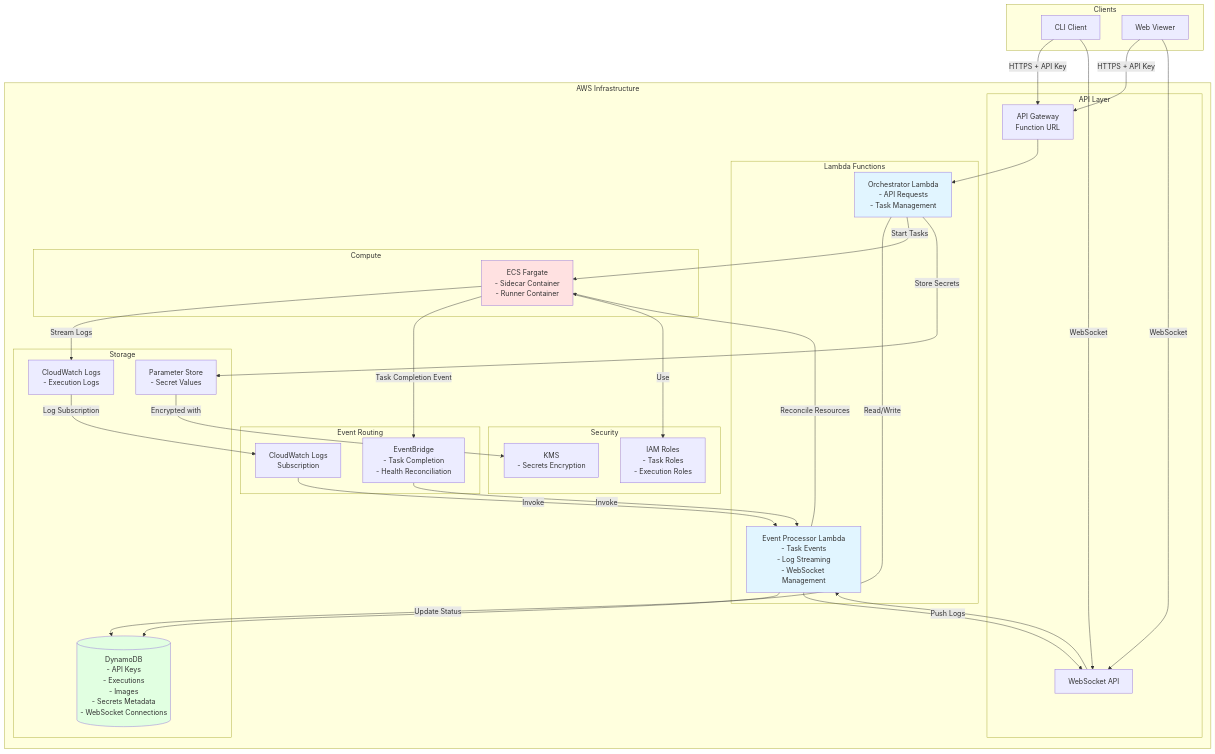
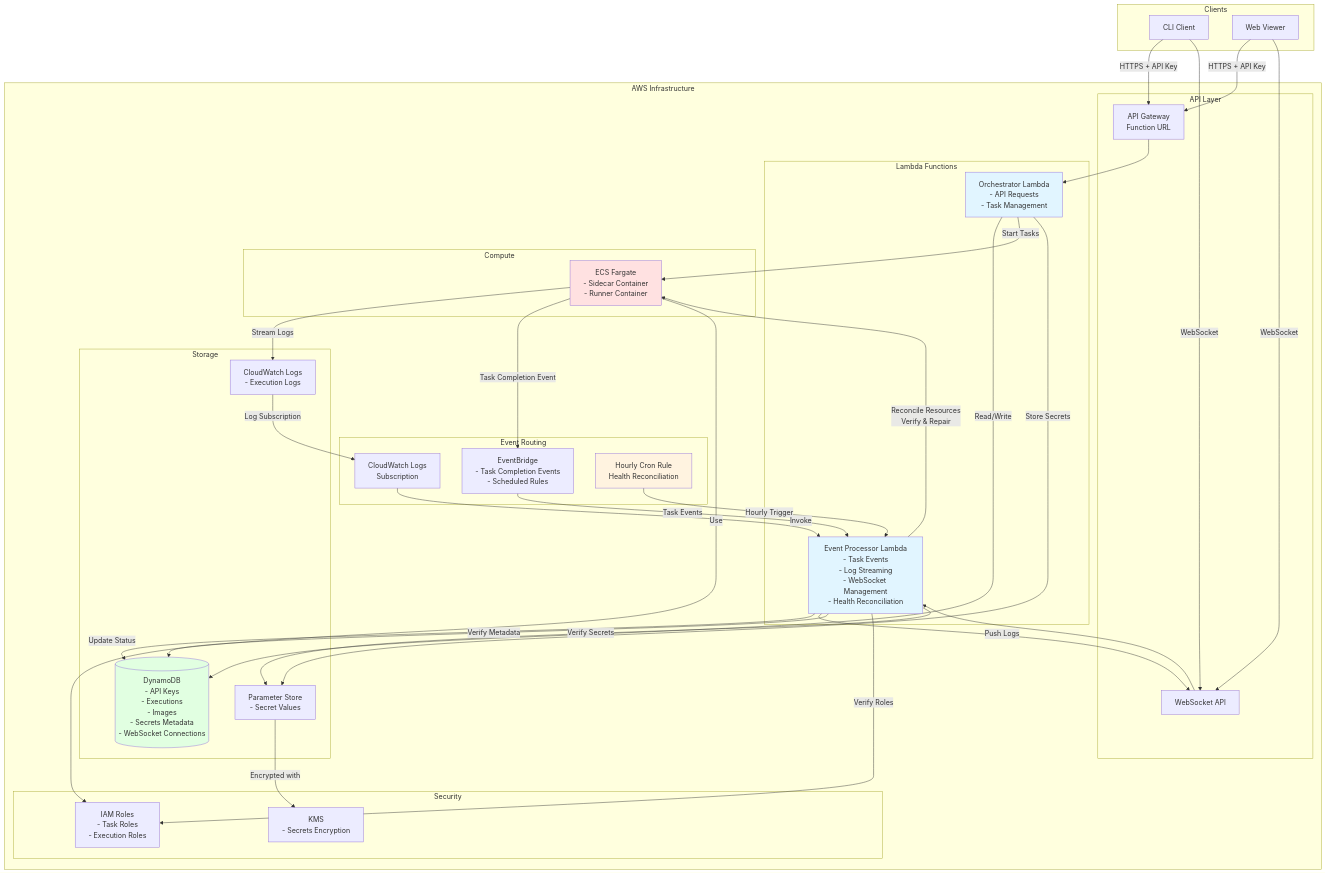
Before and after one commit to runvoy/runvoy: the first of 4 diagrams in docs/ARCHITECTURE.md, drawn with Mermaid.

Commit message:
docs: update architecture diagram with health reconciler cronjob
Added scheduled health reconciliation flow to the main architecture diagram:
- Added ScheduledRule component showing hourly cron trigger
- Updated EventProc to include health reconciliation responsibilities
- Added detailed flows showing verification of ECS, DynamoDB, IAM, and SSM resources
- Clarified that EventBridge handles both task events and scheduled rules

````diff
--- a/docs/ARCHITECTURE.md
+++ b/docs/ARCHITECTURE.md
@@ -5,70 +5,76 @@
 ```mermaid
 graph TB
     subgraph "Clients"
         CLI[CLI Client]
         WebApp[Web Viewer]
     end
 
     subgraph "AWS Infrastructure"
         subgraph "API Layer"
             APIGW[API Gateway<br/>Function URL]
             WSAPI[WebSocket API]
         end
 
         subgraph "Lambda Functions"
             Orchestrator[Orchestrator Lambda<br/>- API Requests<br/>- Task Management]
-            EventProc[Event Processor Lambda<br/>- Task Events<br/>- Log Streaming<br/>- WebSocket Management]
+            EventProc[Event Processor Lambda<br/>- Task Events<br/>- Log Streaming<br/>- WebSocket Management<br/>- Health Reconciliation]
         end
 
         subgraph "Compute"
             ECS[ECS Fargate<br/>- Sidecar Container<br/>- Runner Container]
         end
 
         subgraph "Storage"
             DynamoDB[(DynamoDB<br/>- API Keys<br/>- Executions<br/>- Images<br/>- Secrets Metadata<br/>- WebSocket Connections)]
             SSM[Parameter Store<br/>- Secret Values]
             CW[CloudWatch Logs<br/>- Execution Logs]
         end
 
         subgraph "Event Routing"
-            EventBridge[EventBridge<br/>- Task Completion<br/>- Health Reconciliation]
+            EventBridge[EventBridge<br/>- Task Completion Events<br/>- Scheduled Rules]
             CWLogs[CloudWatch Logs<br/>Subscription]
+            ScheduledRule[Hourly Cron Rule<br/>Health Reconciliation]
         end
 
         subgraph "Security"
             IAM[IAM Roles<br/>- Task Roles<br/>- Execution Roles]
             KMS[KMS<br/>- Secrets Encryption]
         end
     end
 
     CLI -->|HTTPS + API Key| APIGW
     WebApp -->|HTTPS + API Key| APIGW
     CLI -->|WebSocket| WSAPI
     WebApp -->|WebSocket| WSAPI
 
     APIGW --> Orchestrator
     WSAPI --> EventProc
 
     Orchestrator -->|Read/Write| DynamoDB
     Orchestrator -->|Start Tasks| ECS
     Orchestrator -->|Store Secrets| SSM
 
     ECS -->|Stream Logs| CW
     ECS -->|Task Completion Event| EventBridge
     ECS -->|Use| IAM
 
-    EventBridge -->|Invoke| EventProc
+    EventBridge -->|Task Events| EventProc
+    ScheduledRule -->|Hourly Trigger| EventProc
     CW -->|Log Subscription| CWLogs
     CWLogs -->|Invoke| EventProc
 
     EventProc -->|Update Status| DynamoDB
     EventProc -->|Push Logs| WSAPI
-    EventProc -->|Reconcile Resources| ECS
+    EventProc -->|Reconcile Resources<br/>Verify & Repair| ECS
+    EventProc -->|Verify Metadata| DynamoDB
+    EventProc -->|Verify Roles| IAM
+    EventProc -->|Verify Secrets| SSM
 
     SSM -->|Encrypted with| KMS
 
     style Orchestrator fill:#e1f5ff
     style EventProc fill:#e1f5ff
     style ECS fill:#ffe1e1
     style DynamoDB fill:#e1ffe1
+    style ScheduledRule fill:#fff3e0
 ```
````
